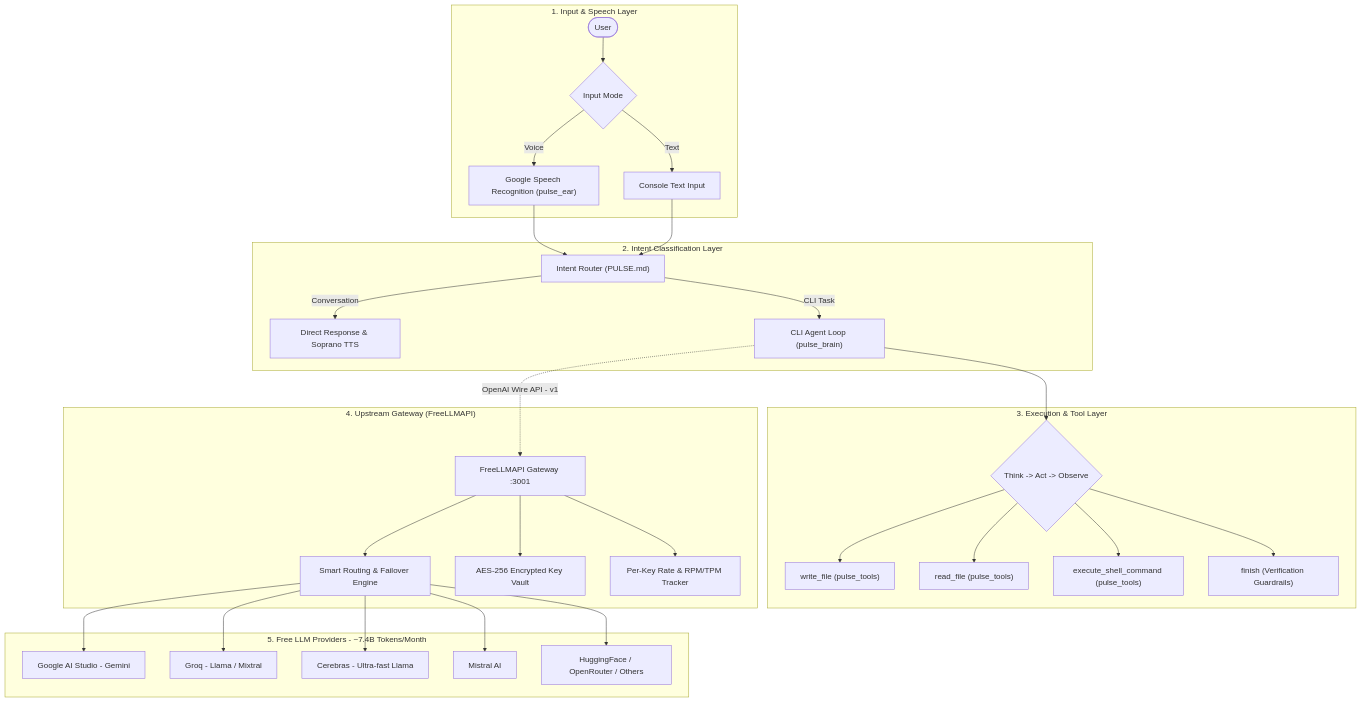
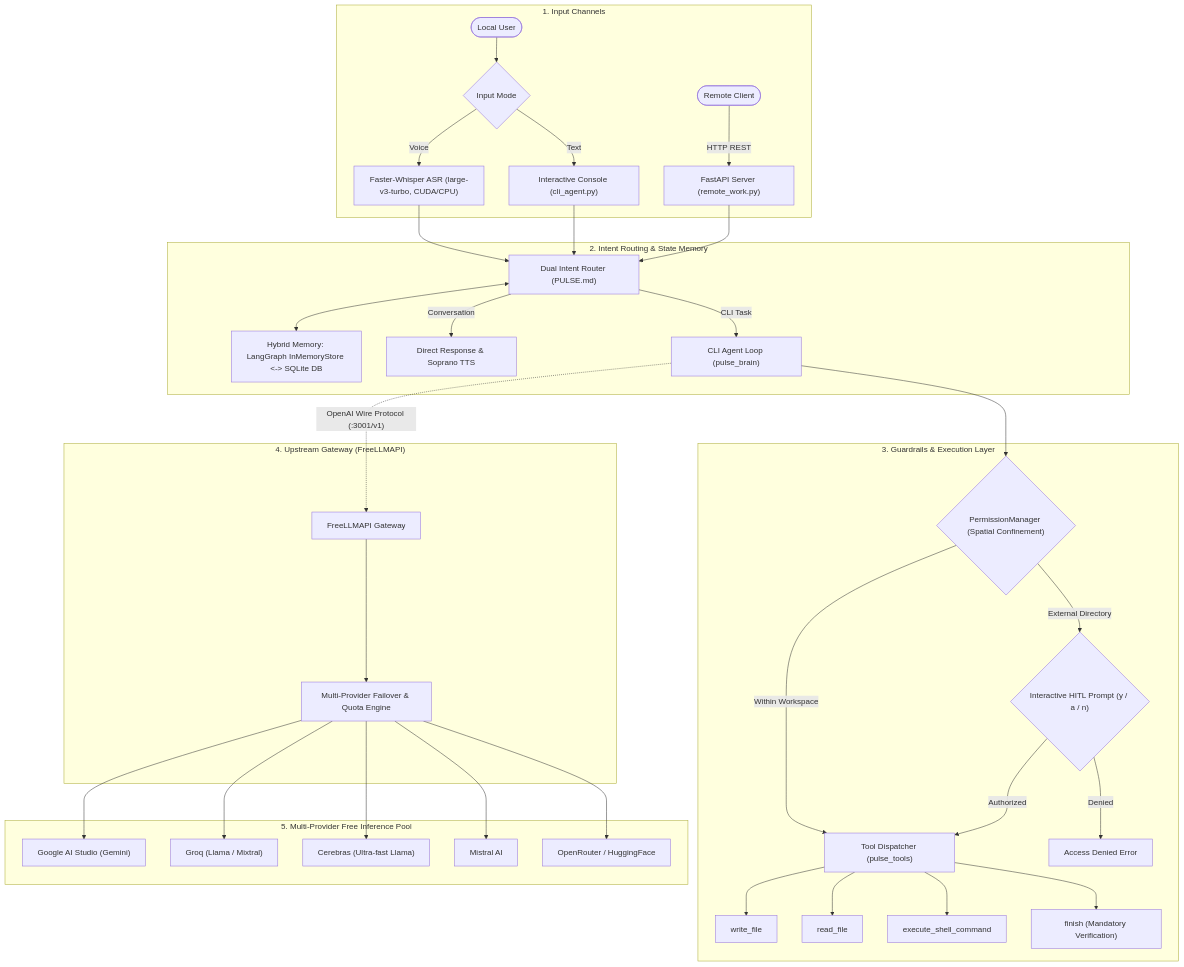
One commit to VinayakFTW/pulse_cli changed the diagram in README.md. Above: the diagram before and after it, drawn with Mermaid. The commit also changed other lines of this file and 4 other files, not shown here.

Commit message:
Added a remote request ability to control the agent remotely

````diff
--- a/README.md
+++ b/README.md
@@ -36,38 +48,43 @@
 ```mermaid
 flowchart TD
-    subgraph InputLayer["1. Input & Speech Layer"]
-        User(["User"]) --> ModeSelect{"Input Mode"}
-        ModeSelect -->|Voice| SpeechRec["Google Speech Recognition (pulse_ear)"]
-        ModeSelect -->|Text| TextInput["Console Text Input"]
+    subgraph InputSources["1. Input Channels"]
+        UserLocal(["Local User"]) --> LocalMode{"Input Mode"}
+        LocalMode -->|Voice| WhisperASR["Faster-Whisper ASR (large-v3-turbo, CUDA/CPU)"]
+        LocalMode -->|Text| LocalTextInput["Interactive Console (cli_agent.py)"]
+        UserRemote(["Remote Client"]) -->|HTTP REST| FastAPIServer["FastAPI Server (remote_work.py)"]
     end
 
-    subgraph RouterLayer["2. Intent Classification Layer"]
-        SpeechRec --> Router["Intent Router (PULSE.md)"]
-        TextInput --> Router
+    subgraph StateAndRouting["2. Intent Routing & State Memory"]
+        WhisperASR --> Router["Dual Intent Router (PULSE.md)"]
+        LocalTextInput --> Router
+        FastAPIServer --> Router
+        Router <--> Memory["Hybrid Memory: LangGraph InMemoryStore <-> SQLite DB"]
         Router -->|Conversation| DirectChat["Direct Response & Soprano TTS"]
         Router -->|CLI Task| AgentLoop["CLI Agent Loop (pulse_brain)"]
     end
 
-    subgraph ExecutionLayer["3. Execution & Tool Layer"]
-        AgentLoop --> StepCheck{"Think -> Act -> Observe"}
-        StepCheck --> ToolWrite["write_file (pulse_tools)"]
-        StepCheck --> ToolRead["read_file (pulse_tools)"]
-        StepCheck --> ToolShell["execute_shell_command (pulse_tools)"]
-        StepCheck --> ToolFinish["finish (Verification Guardrails)"]
+    subgraph SecurityAndExecution["3. Guardrails & Execution Layer"]
+        AgentLoop --> BoundaryCheck{"PermissionManager (Spatial Confinement)"}
+        BoundaryCheck -->|Within Workspace| ToolExec["Tool Dispatcher (pulse_tools)"]
+        BoundaryCheck -->|External Directory| HITLPrompt{"Interactive HITL Prompt (y / a / n)"}
+        HITLPrompt -->|Authorized| ToolExec
+        HITLPrompt -->|Denied| SecurityBlock["Access Denied Error"]
+        ToolExec --> ToolWrite["write_file"]
+        ToolExec --> ToolRead["read_file"]
+        ToolExec --> ToolShell["execute_shell_command"]
+        ToolExec --> ToolFinish["finish (Mandatory Verification)"]
     end
 
     subgraph GatewayLayer["4. Upstream Gateway (FreeLLMAPI)"]
-        AgentLoop -.->|"OpenAI Wire API - v1"| FreeLLM["FreeLLMAPI Gateway :3001"]
-        FreeLLM --> SmartRouter["Smart Routing & Failover Engine"]
-        FreeLLM --> KeyVault["AES-256 Encrypted Key Vault"]
-        FreeLLM --> QuotaTracker["Per-Key Rate & RPM/TPM Tracker"]
+        AgentLoop -.->|"OpenAI Wire Protocol (:3001/v1)"| FreeLLM["FreeLLMAPI Gateway"]
+        FreeLLM --> SmartRouter["Multi-Provider Failover & Quota Engine"]
     end
 
-    subgraph Providers["5. Free LLM Providers - ~7.4B Tokens/Month"]
-        SmartRouter --> P1["Google AI Studio - Gemini"]
-        SmartRouter --> P2["Groq - Llama / Mixtral"]
-        SmartRouter --> P3["Cerebras - Ultra-fast Llama"]
+    subgraph FreeProviders["5. Multi-Provider Free Inference Pool"]
+        SmartRouter --> P1["Google AI Studio (Gemini)"]
+        SmartRouter --> P2["Groq (Llama / Mixtral)"]
+        SmartRouter --> P3["Cerebras (Ultra-fast Llama)"]
         SmartRouter --> P4["Mistral AI"]
-        SmartRouter --> P5["HuggingFace / OpenRouter / Others"]
+        SmartRouter --> P5["OpenRouter / HuggingFace"]
     end
 ```
````
